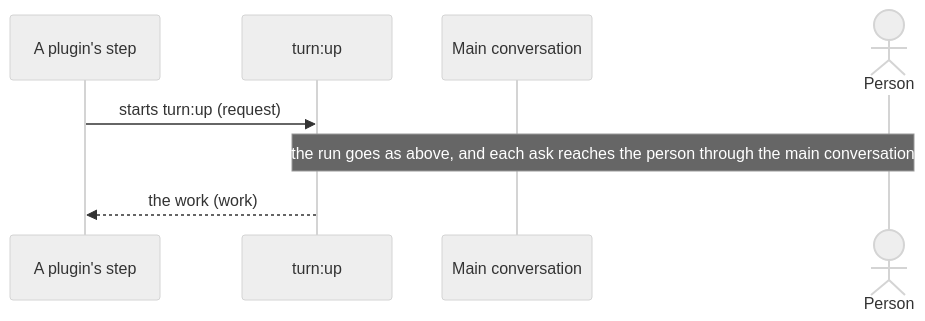
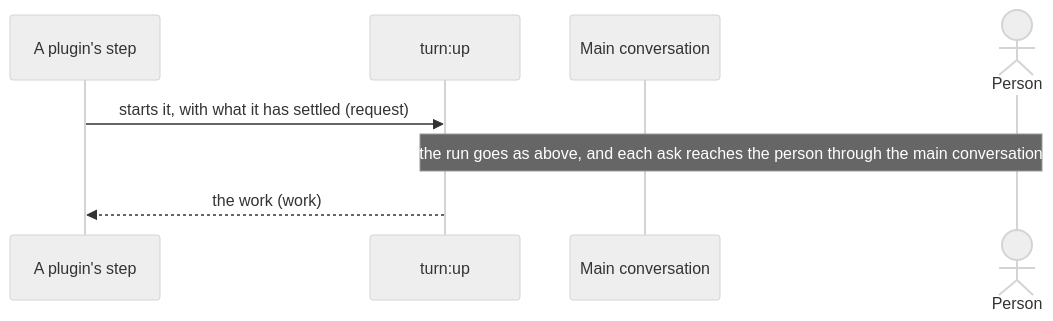
The sixth of 6 diagrams in dev/turn/architecture.md (lovaizu/ccpm), drawn with Mermaid (neutral theme) before and after one commit. The commit also changed other lines of this file and 5 other files, not shown here.

First line of the commit message:
turn's architecture on the template: lane's flow holds the order of planner, designer, builder, evaluator, then refactorer and refactor-evaluator for the refactoring phase, each role started fresh from the run's files; check.py checks only what no lane holds; calling.md says how a caller starts turn

````diff
--- a/dev/turn/architecture.md
+++ b/dev/turn/architecture.md
@@ -283,10 +419,10 @@
 ```mermaid
 sequenceDiagram
-  participant C as A plugin's step
+  participant S as A plugin's step
   participant U as turn:up
   participant M as Main conversation
   actor P as Person
-  C->>U: starts turn:up (request)
+  S->>U: starts it, with what it has settled (request)
   Note over U,P: the run goes as above, and each ask reaches the person through the main conversation
-  U-->>C: the work (work)
+  U-->>S: the work (work)
 ```
````
